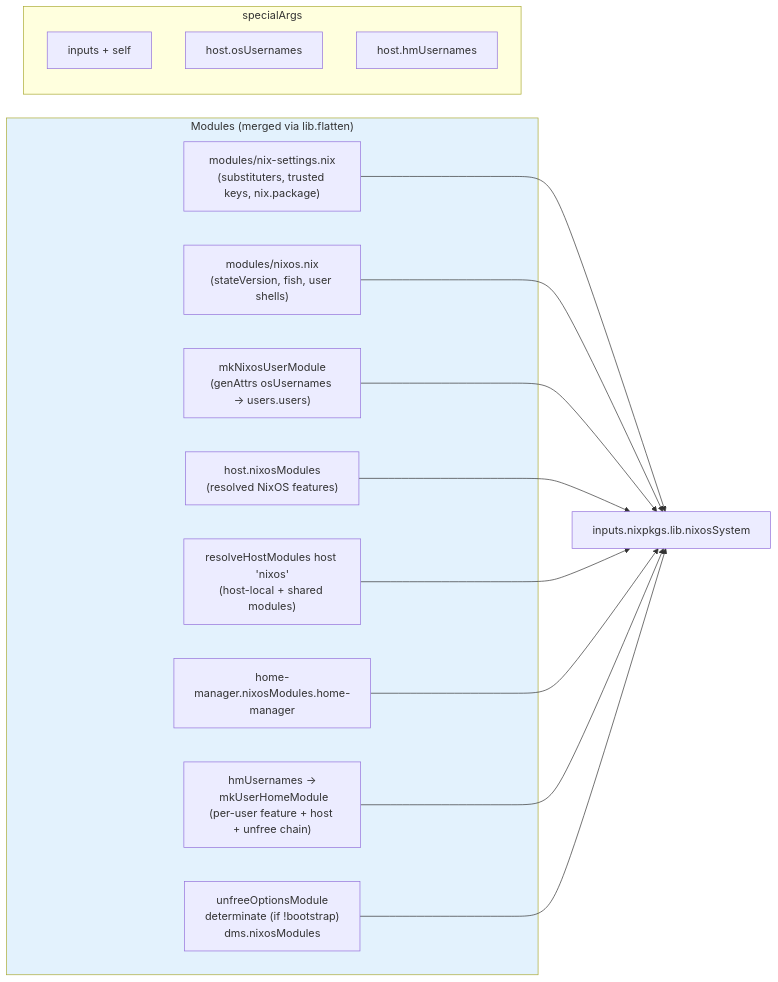
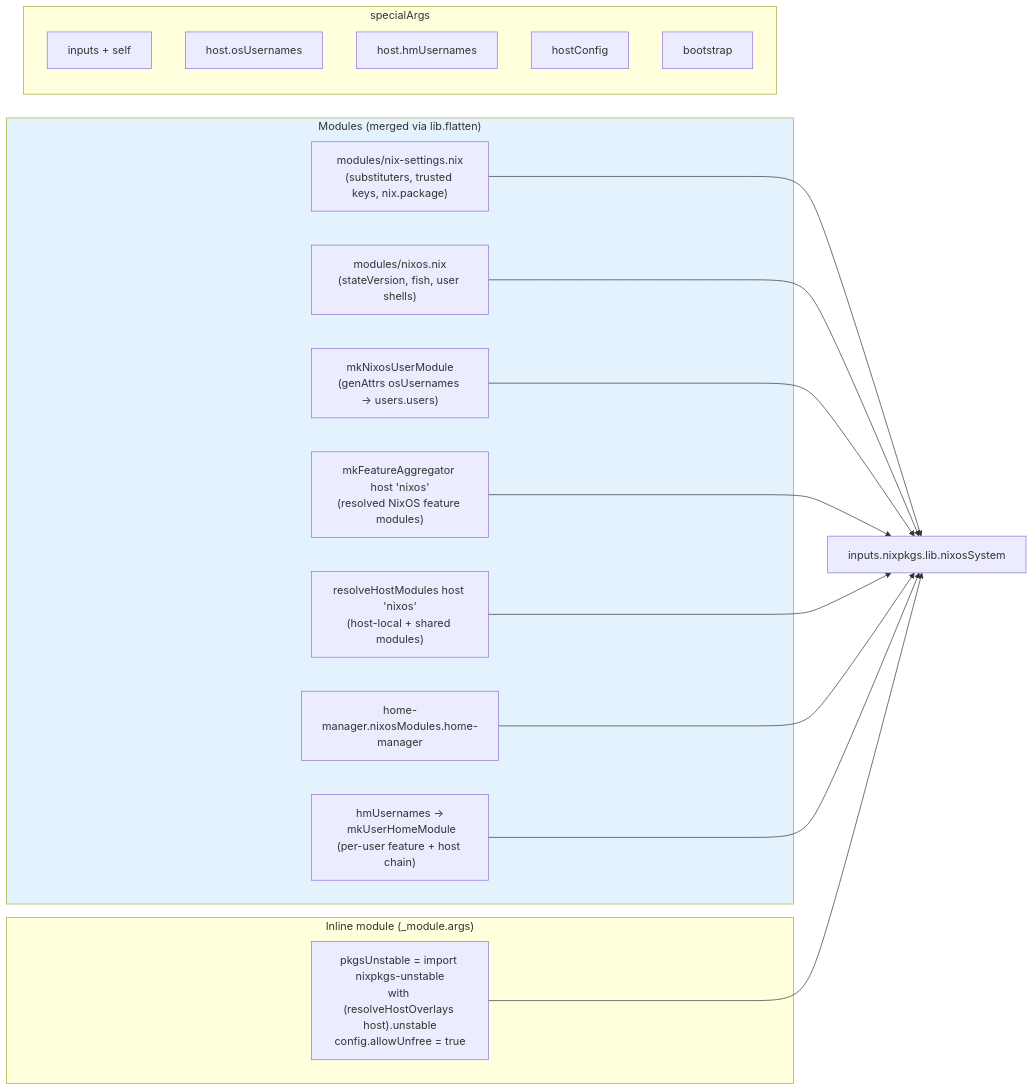
Before and after one commit to WombatFromHell/automatic-palm-tree: the fifth of 8 diagrams in DESIGN.md, drawn with Mermaid. The commit also changed other lines of this file and 9 other files, not shown here.

Commit message:
Enhance and streamline how pkgs/pkgsUnstable and overlays are handled

````diff
--- a/DESIGN.md
+++ b/DESIGN.md
@@ -214,27 +217,31 @@
 ```mermaid
 flowchart LR
     subgraph M["Modules (merged via lib.flatten)"]
         nixSet["modules/nix-settings.nix\n(substituters, trusted keys, nix.package)"]
         nixosMod["modules/nixos.nix\n(stateVersion, fish, user shells)"]
         autoUser["mkNixosUserModule\n(genAttrs osUsernames → users.users)"]
-        featMod["host.nixosModules\n(resolved NixOS features)"]
+        featMod["mkFeatureAggregator host 'nixos'\n(resolved NixOS feature modules)"]
         hostMod["resolveHostModules host 'nixos'\n(host-local + shared modules)"]
         hmMod["home-manager.nixosModules.home-manager"]
-        hmCfg["hmUsernames →\n mkUserHomeModule\n(per-user feature + host + unfree chain)"]
-        extra["unfreeOptionsModule\ndeterminate (if !bootstrap)\ndms.nixosModules"]
+        hmCfg["hmUsernames →\n mkUserHomeModule\n(per-user feature + host chain)"]
+    end
+    subgraph Inline ["Inline module (_module.args)"]
+        pkgsUnstable["pkgsUnstable = import nixpkgs-unstable\nwith (resolveHostOverlays host).unstable\nconfig.allowUnfree = true"]
     end
     subgraph SA["specialArgs"]
         inputs["inputs + self"]
         osUsernames["host.osUsernames"]
         hmUsernames["host.hmUsernames"]
+        hostConfig["hostConfig"]
+        bootstrap["bootstrap"]
     end
     nixSet --> merged["inputs.nixpkgs.lib.nixosSystem"]
     nixosMod --> merged
     autoUser --> merged
     featMod --> merged
     hostMod --> merged
     hmMod --> merged
     hmCfg --> merged
-    extra --> merged
+    pkgsUnstable --> merged
     style M fill:#e3f2fd
 ```
````
